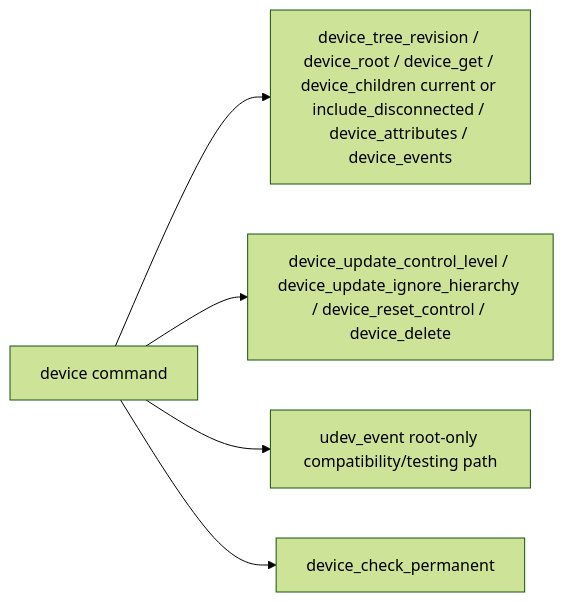
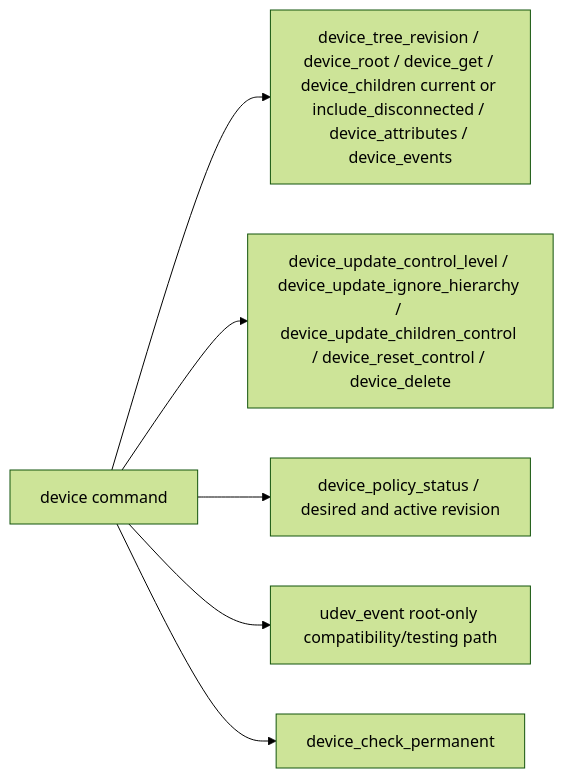
One commit to RevoltStar/FIC changed the sixth of 19 diagrams in docs/architecture-diagrams.md. Above: the diagram before and after it, drawn with Mermaid (forest theme). The commit also changed other lines of this file and 34 other files, not shown here.

````diff
--- a/docs/architecture-diagrams.md
+++ b/docs/architecture-diagrams.md
@@ -252,8 +258,9 @@
 ```mermaid
 flowchart LR
     deviceCommands[device command]
     deviceCommands --> read[device_tree_revision / device_root / device_get / device_children current or include_disconnected / device_attributes / device_events]
-    deviceCommands --> mutate[device_update_control_level / device_update_ignore_hierarchy / device_reset_control / device_delete]
+    deviceCommands --> mutate[device_update_control_level / device_update_ignore_hierarchy / device_update_children_control / device_reset_control / device_delete]
+    deviceCommands --> policyStatus[device_policy_status / desired and active revision]
     deviceCommands --> compat[udev_event root-only compatibility/testing path]
     deviceCommands --> permanent[device_check_permanent]
 ```
````
